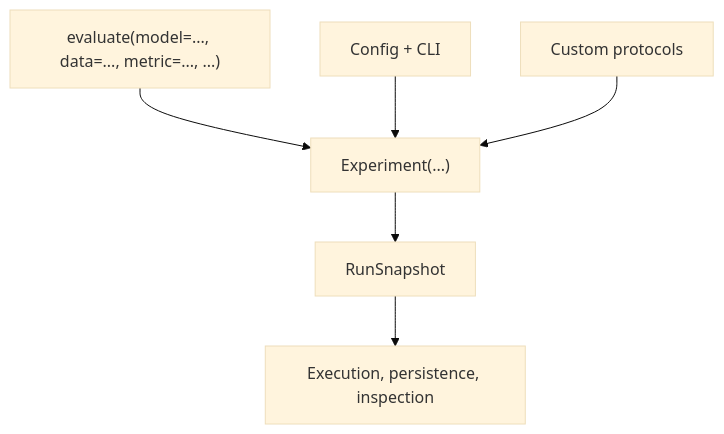
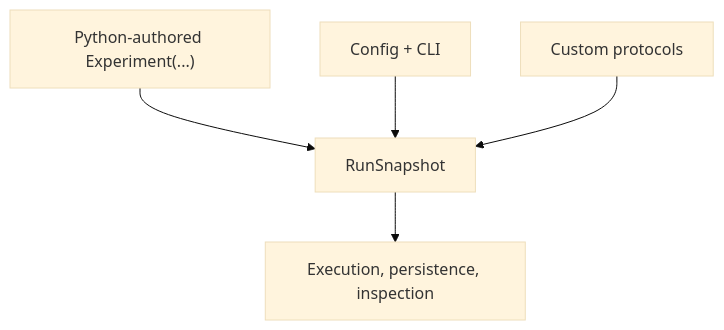
Before and after one commit to Pittawat2542/themis: the diagram in docs/explanation/api-layer-model.md, drawn with Mermaid (base theme). The commit also changed other lines of this file and 26 other files, not shown here.

````diff
--- a/docs/explanation/api-layer-model.md
+++ b/docs/explanation/api-layer-model.md
@@ -20,8 +20,7 @@
 ```mermaid
 flowchart TD
-    A["evaluate(model=..., data=..., metric=..., ...)"] --> D["Experiment(...)"]
+    A["Python-authored Experiment(...)"] --> D["RunSnapshot"]
     B["Config + CLI"] --> D
     C["Custom protocols"] --> D
-    D --> E["RunSnapshot"]
-    E --> F["Execution, persistence, inspection"]
+    D --> F["Execution, persistence, inspection"]
 ```
````
